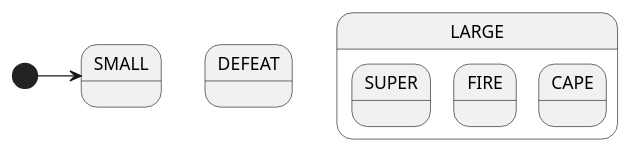
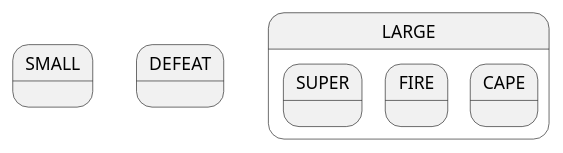
Before and after one commit to StateSmith/tutorial-3: the first of 3 diagrams in lesson-0/README.md, drawn with PlantUML. The commit also changed other lines of this file and 1 other file, not shown here.

````diff
--- a/lesson-0/README.md
+++ b/lesson-0/README.md
@@ -72,14 +75,13 @@
 ```plantuml
-' Define the initial transition that is taken when the state machine starts.
-[*] -> SMALL
+state SMALL
 
-' Define a regular state with a dark style. Style is optional.
+' The DEFEAT state has an optional <<dark>> style.
 state DEFEAT <<dark>>
 
-' Define a super state (composite state) with substates
+' The LARGE state is a super state (AKA composite state) with substates
 state LARGE {
     state SUPER <<blue>>
     state FIRE  <<red>>
     state CAPE  <<gold>>
 }
 ```
````
